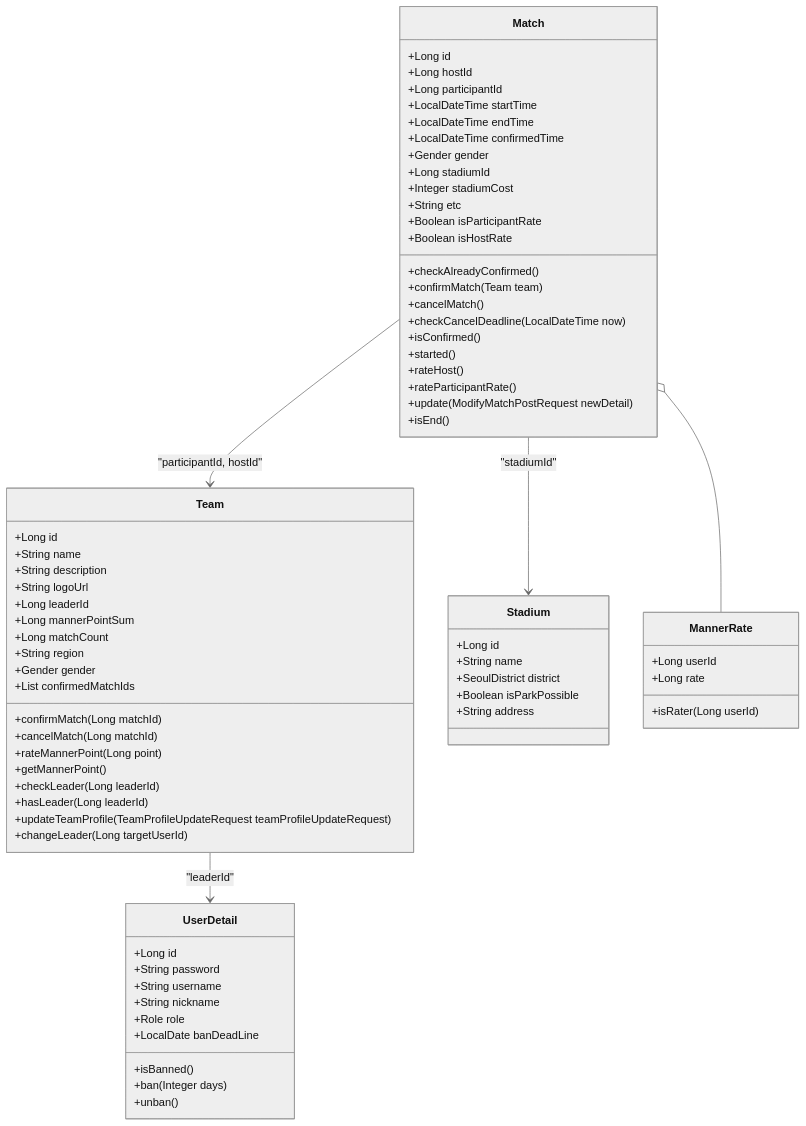
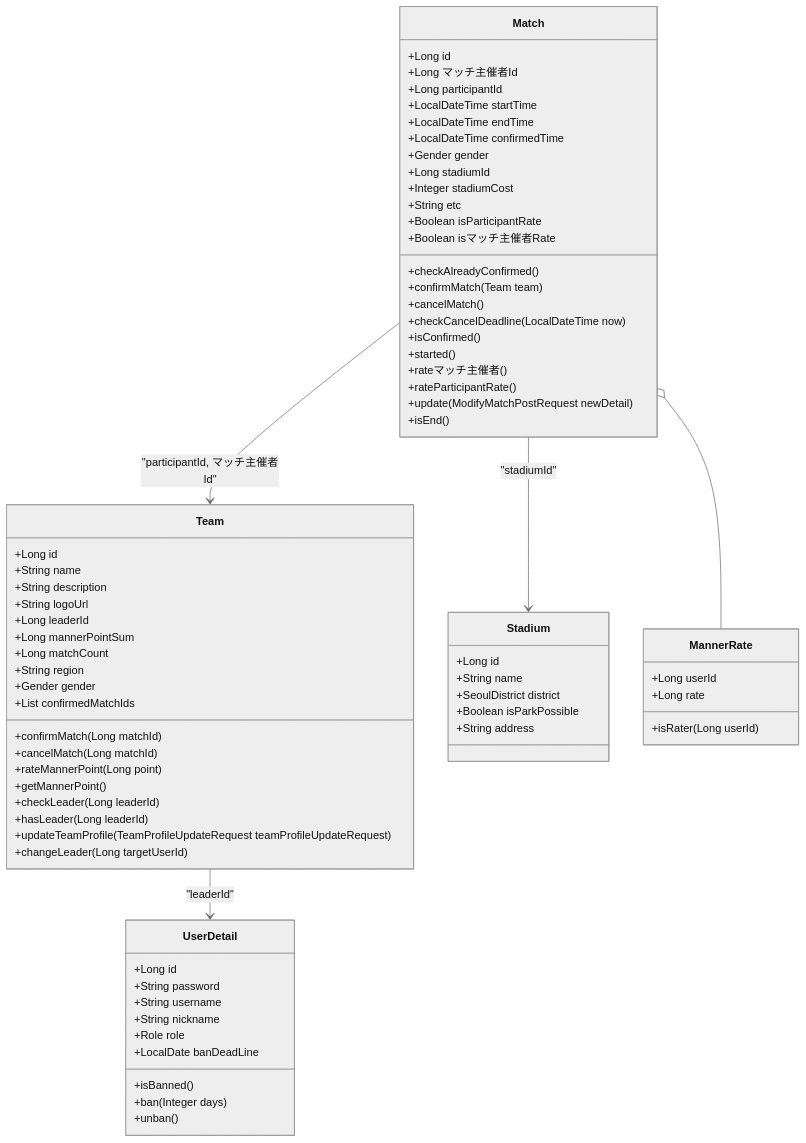
Before and after one commit to Lieslot/Matching-Match-v2: the fourth of 4 diagrams in README.md, drawn with Mermaid (neutral theme). The commit also changed other lines of this file, not shown here.

Commit message:
chore: simplify user flow

````diff
--- a/README.md
+++ b/README.md
@@ -299,80 +279,80 @@
 ```mermaid
 classDiagram
     class Match {
         +Long id
-        +Long hostId
+        +Long マッチ主催者Id
         +Long participantId
         +LocalDateTime startTime
         +LocalDateTime endTime
         +LocalDateTime confirmedTime
         +Gender gender
         +Long stadiumId
         +Integer stadiumCost
         +String etc
         +Boolean isParticipantRate
-        +Boolean isHostRate
+        +Boolean isマッチ主催者Rate
         +checkAlreadyConfirmed()
         +confirmMatch(Team team)
         +cancelMatch()
         +checkCancelDeadline(LocalDateTime now)
         +isConfirmed()
         +started()
-        +rateHost()
+        +rateマッチ主催者()
         +rateParticipantRate()
         +update(ModifyMatchPostRequest newDetail)
         +isEnd()
     }
 
     class Team {
         +Long id
         +String name
         +String description
         +String logoUrl
         +Long leaderId
         +Long mannerPointSum
         +Long matchCount
         +String region
         +Gender gender
         +List<Long> confirmedMatchIds
         +confirmMatch(Long matchId)
         +cancelMatch(Long matchId)
         +rateMannerPoint(Long point)
         +getMannerPoint()
         +checkLeader(Long leaderId)
         +hasLeader(Long leaderId)
         +updateTeamProfile(TeamProfileUpdateRequest teamProfileUpdateRequest)
         +changeLeader(Long targetUserId)
     }
 
     class Stadium {
         +Long id
         +String name
         +SeoulDistrict district
         +Boolean isParkPossible
         +String address
     }
 
     class MannerRate {
         +Long userId
         +Long rate
         +isRater(Long userId)
     }
 
     class UserDetail {
         +Long id
         +String password
         +String username
         +String nickname
         +Role role
         +LocalDate banDeadLine
         +isBanned()
         +ban(Integer days)
         +unban()
     }
 
-    Match --> Team : "participantId, hostId"
+    Match --> Team : "participantId, マッチ主催者Id"
     Match --> Stadium : "stadiumId"
     Team --> UserDetail : "leaderId"
     Match o-- MannerRate
 
 ```
````
